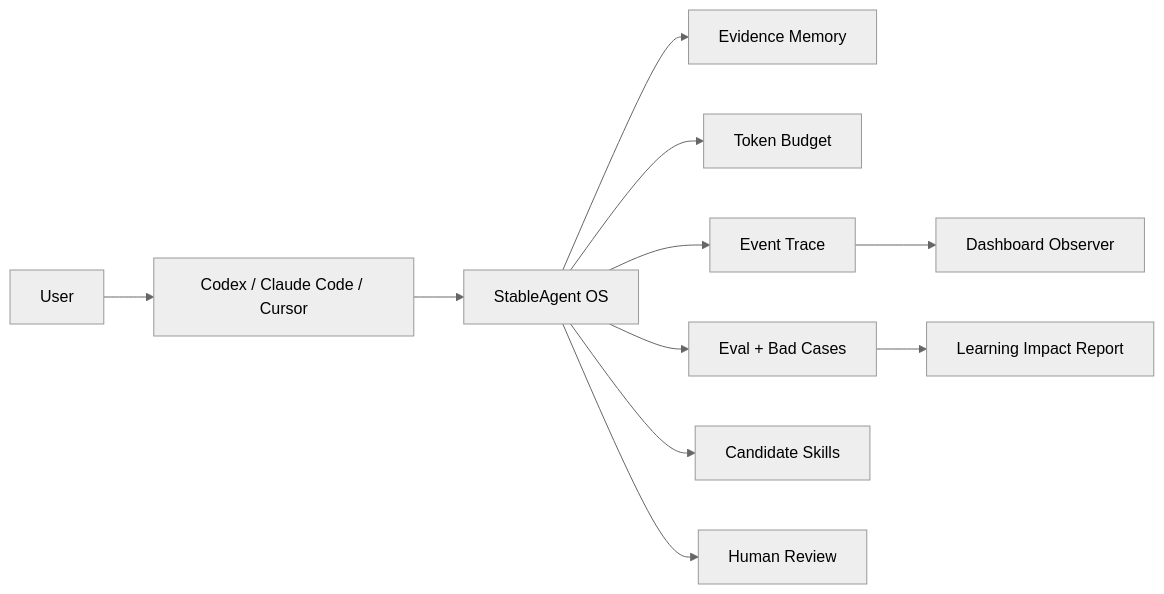
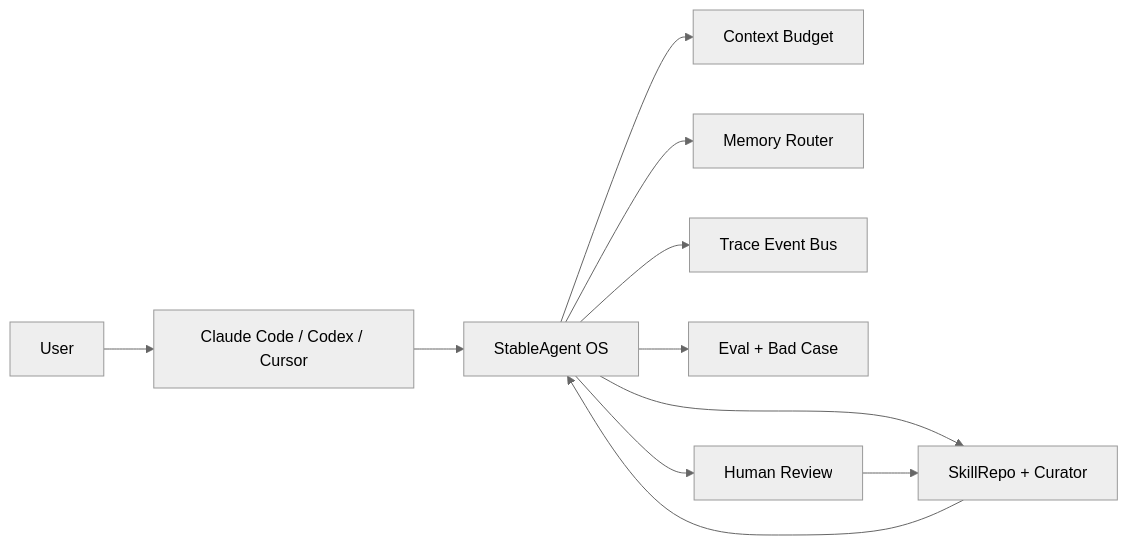
Before and after one commit to liuanye9-lab/OS-Agent: the third of 15 diagrams in README.md, drawn with Mermaid (neutral theme). The commit also changed other lines of this file and 18 other files, not shown here.

````diff
--- a/README.md
+++ b/README.md
@@ -30,13 +205,13 @@
 ```mermaid
 flowchart LR
-    User[User] --> Host[Codex / Claude Code / Cursor]
+    User[User] --> Host[Claude Code / Codex / Cursor]
     Host --> SA[StableAgent OS]
-    SA --> Memory[Evidence Memory]
-    SA --> Budget[Token Budget]
-    SA --> Trace[Event Trace]
-    SA --> Eval[Eval + Bad Cases]
-    SA --> Skill[Candidate Skills]
+    SA --> Context[Context Budget]
+    SA --> Memory[Memory Router]
+    SA --> Trace[Trace Event Bus]
+    SA --> Eval[Eval + Bad Case]
+    SA --> Skill[SkillRepo + Curator]
     SA --> Review[Human Review]
-    Trace --> Dashboard[Dashboard Observer]
-    Eval --> Impact[Learning Impact Report]
+    Review --> Skill
+    Skill --> SA
 ```
````
